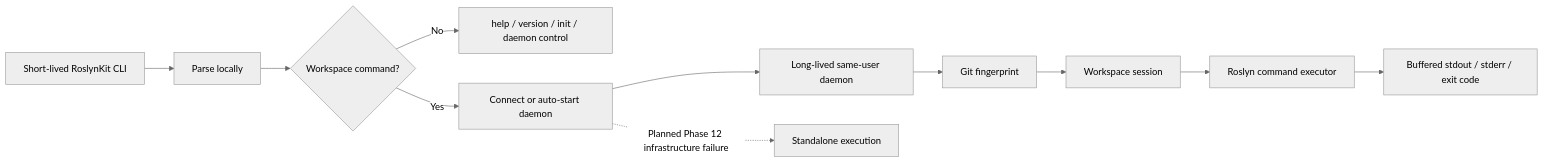
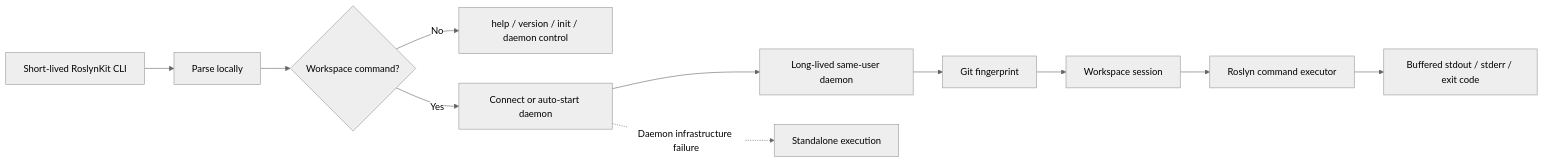
One commit to jgador/roslynkit changed the diagram in docs/daemon.md. Above: the diagram before and after it, drawn with Mermaid (neutral theme). The commit also changed other lines of this file and 10 other files, not shown here.

````diff
--- a/docs/daemon.md
+++ b/docs/daemon.md
@@ -11,13 +11,13 @@
 ```mermaid
 flowchart LR
     CLI[Short-lived RoslynKit CLI] --> Parse[Parse locally]
     Parse --> Local{Workspace command?}
     Local -->|No| ExecuteLocal[help / version / init / daemon control]
     Local -->|Yes| Pipe[Connect or auto-start daemon]
     Pipe --> Daemon[Long-lived same-user daemon]
     Daemon --> Fingerprint[Git fingerprint]
     Fingerprint --> Session[Workspace session]
     Session --> Executor[Roslyn command executor]
     Executor --> Response[Buffered stdout / stderr / exit code]
-    Pipe -.->|Planned Phase 12 infrastructure failure| Fallback[Standalone execution]
+    Pipe -.->|Daemon infrastructure failure| Fallback[Standalone execution]
 ```
````
